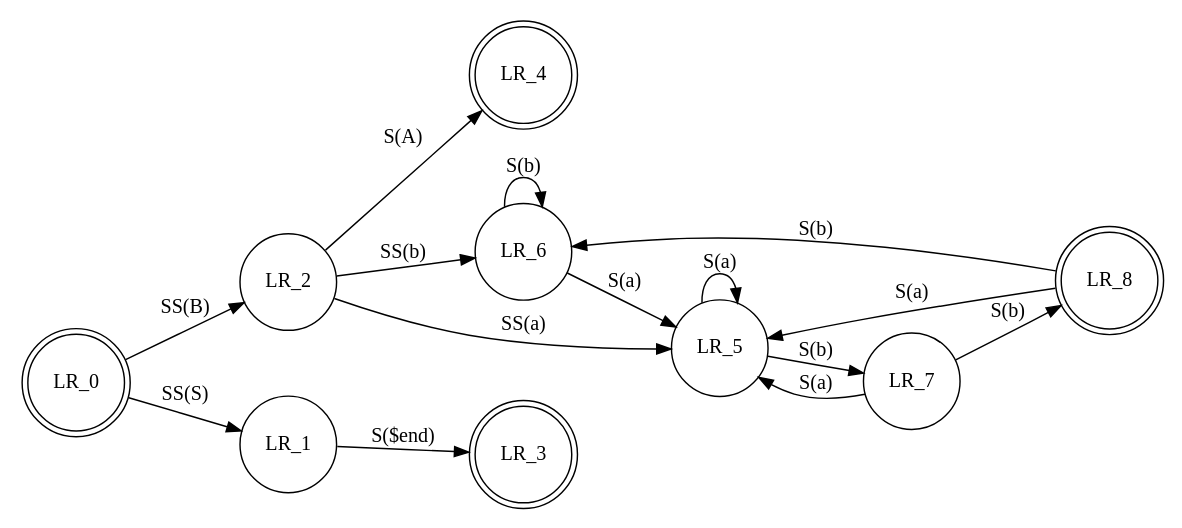
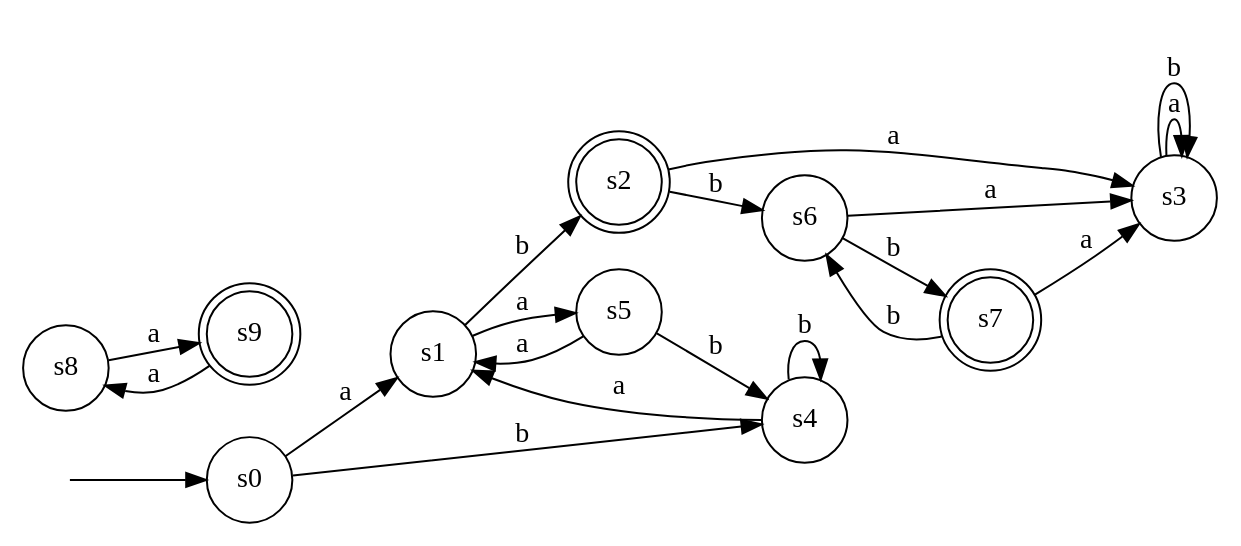
The diagram in src/fileparser/test2.dot (ricardocerq/FEUP-COMP), drawn with Graphviz before and after one commit. The commit also changed 14 other files, not shown here.

```diff
--- a/src/fileparser/test2.dot
+++ b/src/fileparser/test2.dot
@@ -1,20 +1,33 @@
 digraph finite_state_machine {
 	rankdir=LR;
-	size="8,5"
-	node [shape = doublecircle]; LR_0 LR_3 LR_4 LR_8;
-	node [shape = circle];
-	LR_0 -> LR_2 [ label = "SS(B)" ];
-	LR_0 -> LR_1 [ label = "SS(S)" ];
-	LR_1 -> LR_3 [ label = "S($end)" ];
-	LR_2 -> LR_6 [ label = "SS(b)" ];
-	LR_2 -> LR_5 [ label = "SS(a)" ];
-	LR_2 -> LR_4 [ label = "S(A)" ];
-	LR_5 -> LR_7 [ label = "S(b)" ];
-	LR_5 -> LR_5 [ label = "S(a)" ];
-	LR_6 -> LR_6 [ label = "S(b)" ];
-	LR_6 -> LR_5 [ label = "S(a)" ];
-	LR_7 -> LR_8 [ label = "S(b)" ];
-	LR_7 -> LR_5 [ label = "S(a)" ];
-	LR_8 -> LR_6 [ label = "S(b)" ];
-	LR_8 -> LR_5 [ label = "S(a)" ];
+	node [shape=point,color=white,fontcolor=white]; start;
+	node [shape=circle, color=black, fontcolor=black];       s0;
+	node [shape=circle, color=black, fontcolor=black];       s1;
+	node [shape=doublecircle, color=black, fontcolor=black]; s2;
+	node [shape=circle, color=black, fontcolor=black];       s3;
+	node [shape=circle, color=black, fontcolor=black];       s4;
+	node [shape=circle, color=black, fontcolor=black];       s5;
+	node [shape=circle, color=black, fontcolor=black];       s6;
+	node [shape=doublecircle, color=black, fontcolor=black]; s7;
+	node [shape=circle, color=black, fontcolor=black]; s8;
+	node [shape=doublecircle, color=black, fontcolor=black]; s9;
+	start -> s0;
+	s0 -> s1 [label="a"];
+	s0 -> s4 [label="b"];
+	s1 -> s5 [label="a"];
+    s5 -> s1 [label="a"];
+    s4 -> s1 [label="a"];
+    s4 -> s4 [label="b"];
+    s5 -> s4 [label="b"];
+    s1 -> s2 [label="b"];
+    s2 -> s6 [label="b"];
+    s2 -> s3 [label="a"];
+    s3 -> s3 [label="a"];
+    s3 -> s3 [label="b"];
+    s7 -> s6 [label="b"];
+    s6 -> s7 [label="b"];
+    s6 -> s3 [label="a"];
+    s7 -> s3 [label="a"];
+    s8 -> s9 [label="a"];
+    s9 -> s8 [label="a"];
 }
```
